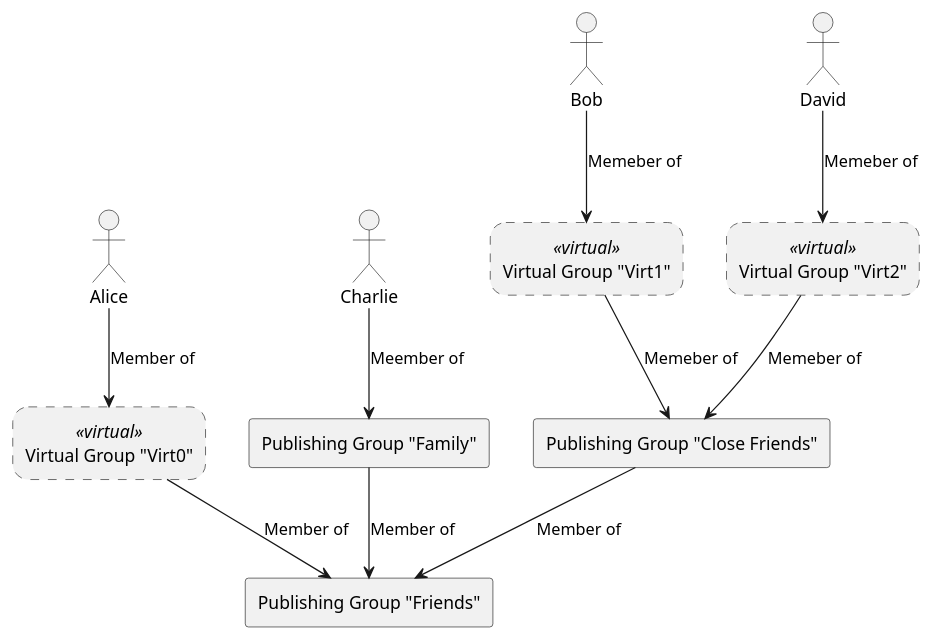
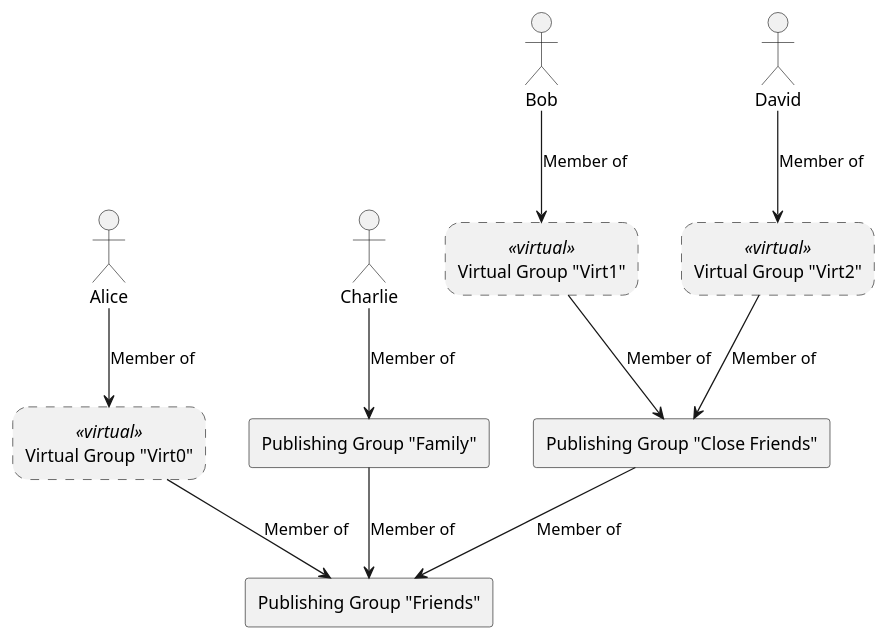
Before and after one commit to spxp/spxp-specs: the diagram in assets/KeyGroups.puml, drawn with PlantUML. The commit also changed 4 other files, not shown here.

```diff
--- a/assets/KeyGroups.puml
+++ b/assets/KeyGroups.puml
@@ -1,33 +1,33 @@
 @startuml
 
 
 actor Alice
 actor Bob
 actor Charlie
 actor David
 
 skinparam rectangle {
     RoundCorner<<virtual>> 25
     BorderStyle<<virtual>> dashed
 }
 
 rectangle "Publishing Group "Friends"" as friends
 rectangle "Publishing Group "Family"" as family
 rectangle "Publishing Group "Close Friends"" as closefriends
 
 rectangle "Virtual Group "Virt0"" <<virtual>> as virt0
 rectangle "Virtual Group "Virt1"" <<virtual>> as virt1
 rectangle "Virtual Group "Virt2"" <<virtual>> as virt2
 
 closefriends --> friends : Member of
 family --> friends : Member of
 virt0 --> friends : Member of
 
 Alice --> virt0 : Member of
-virt1 --> closefriends : Memeber of
-virt2 --> closefriends : Memeber of
-Bob --> virt1 : Memeber of
-David --> virt2 : Memeber of
-Charlie --> family : Meember of
+virt1 --> closefriends : Member of
+virt2 --> closefriends : Member of
+Bob --> virt1 : Member of
+David --> virt2 : Member of
+Charlie --> family : Member of
 
 @enduml
```
